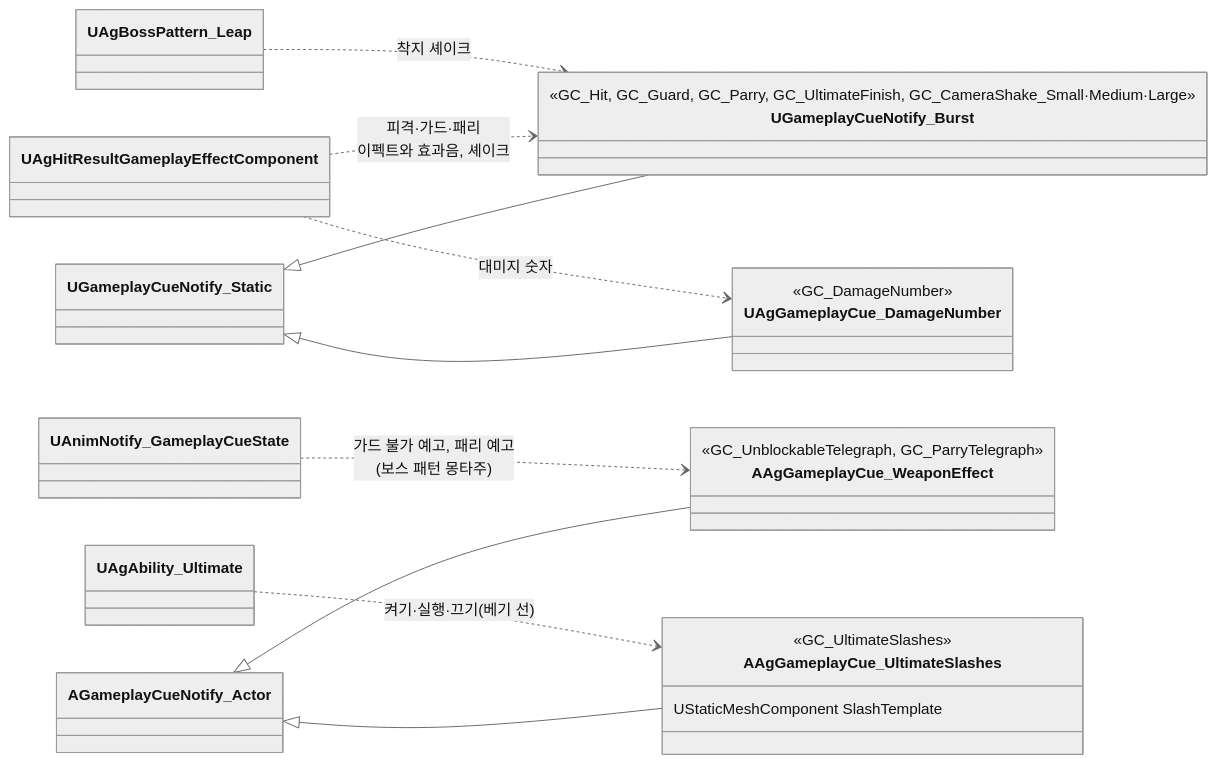
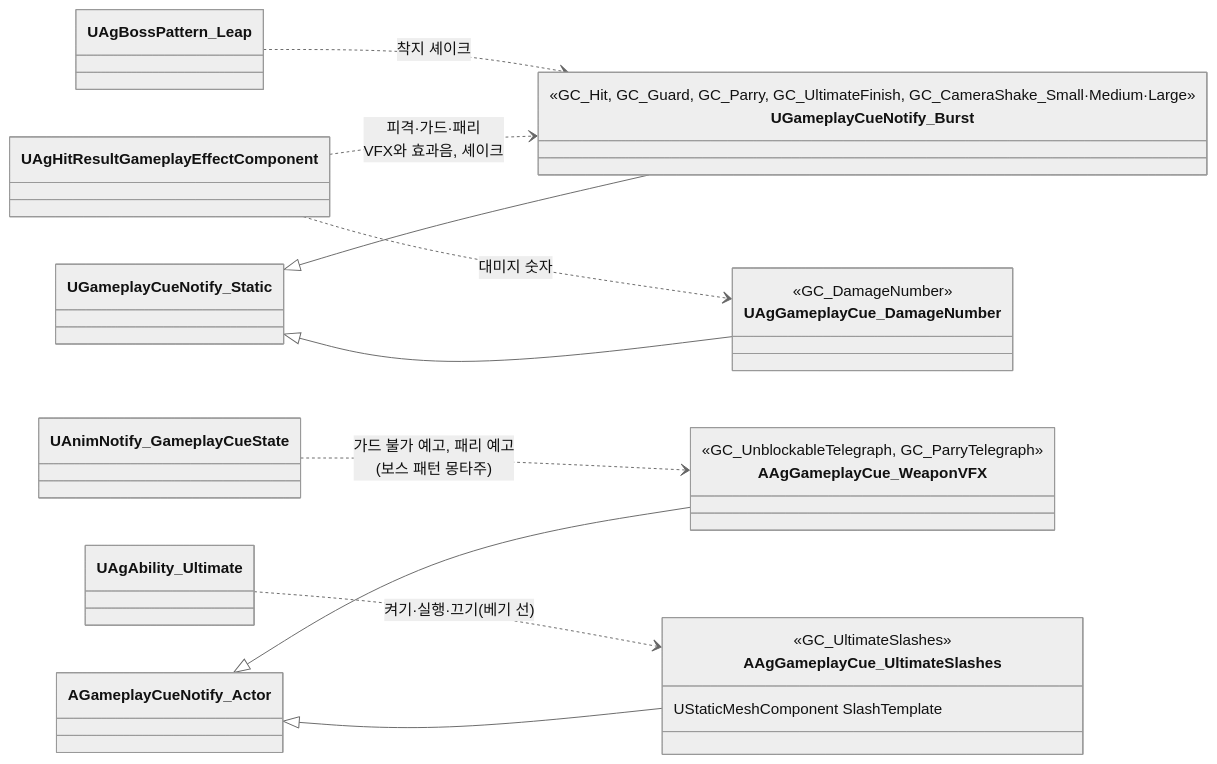
Before and after one commit to Woogl/Ag: the second of 2 diagrams in Docs/Program/전투 규칙.md, drawn with Mermaid (neutral theme). The commit also changed other lines of this file and 81 other files, not shown here.

````diff
--- a/Docs/Program/전투 규칙.md
+++ b/Docs/Program/전투 규칙.md
@@ -52,27 +52,27 @@
 ```mermaid
 classDiagram
     direction LR
     class UGameplayCueNotify_Burst {
         <<GC_Hit, GC_Guard, GC_Parry, GC_UltimateFinish, GC_CameraShake_Small·Medium·Large>>
     }
     class UAgGameplayCue_DamageNumber {
         <<GC_DamageNumber>>
     }
-    class AAgGameplayCue_WeaponEffect {
+    class AAgGameplayCue_WeaponVFX {
         <<GC_UnblockableTelegraph, GC_ParryTelegraph>>
     }
     class AAgGameplayCue_UltimateSlashes {
         <<GC_UltimateSlashes>>
         UStaticMeshComponent SlashTemplate
     }
     UGameplayCueNotify_Static <|-- UGameplayCueNotify_Burst
     UGameplayCueNotify_Static <|-- UAgGameplayCue_DamageNumber
-    AGameplayCueNotify_Actor <|-- AAgGameplayCue_WeaponEffect
+    AGameplayCueNotify_Actor <|-- AAgGameplayCue_WeaponVFX
     AGameplayCueNotify_Actor <|-- AAgGameplayCue_UltimateSlashes
 
-    UAgHitResultGameplayEffectComponent ..> UGameplayCueNotify_Burst : 피격·가드·패리<br>이펙트와 효과음, 셰이크
+    UAgHitResultGameplayEffectComponent ..> UGameplayCueNotify_Burst : 피격·가드·패리<br>VFX와 효과음, 셰이크
     UAgHitResultGameplayEffectComponent ..> UAgGameplayCue_DamageNumber : 대미지 숫자
     UAgBossPattern_Leap ..> UGameplayCueNotify_Burst : 착지 셰이크
-    UAnimNotify_GameplayCueState ..> AAgGameplayCue_WeaponEffect : 가드 불가 예고, 패리 예고<br>(보스 패턴 몽타주)
+    UAnimNotify_GameplayCueState ..> AAgGameplayCue_WeaponVFX : 가드 불가 예고, 패리 예고<br>(보스 패턴 몽타주)
     UAgAbility_Ultimate ..> AAgGameplayCue_UltimateSlashes : 켜기·실행·끄기(베기 선)
 ```
````
